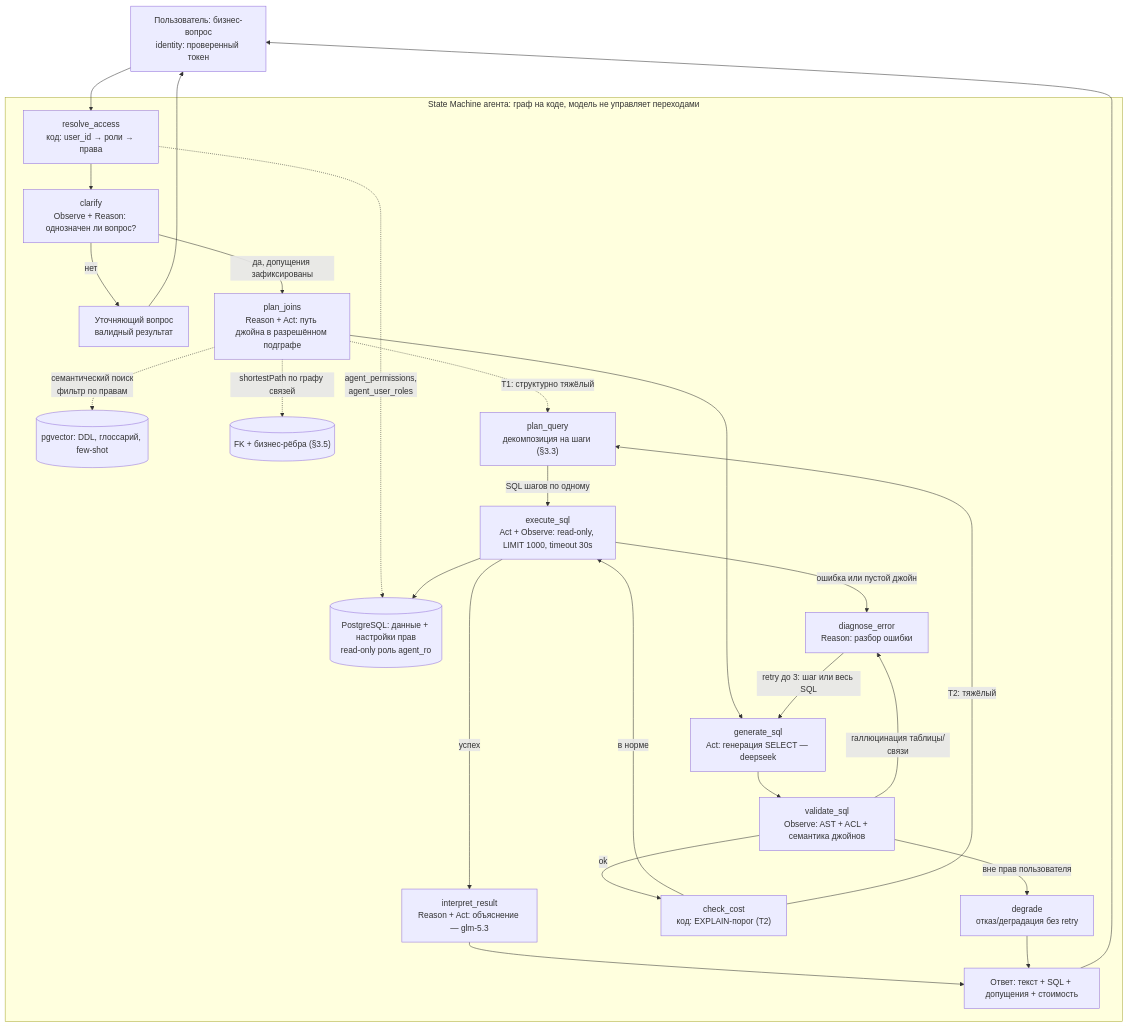
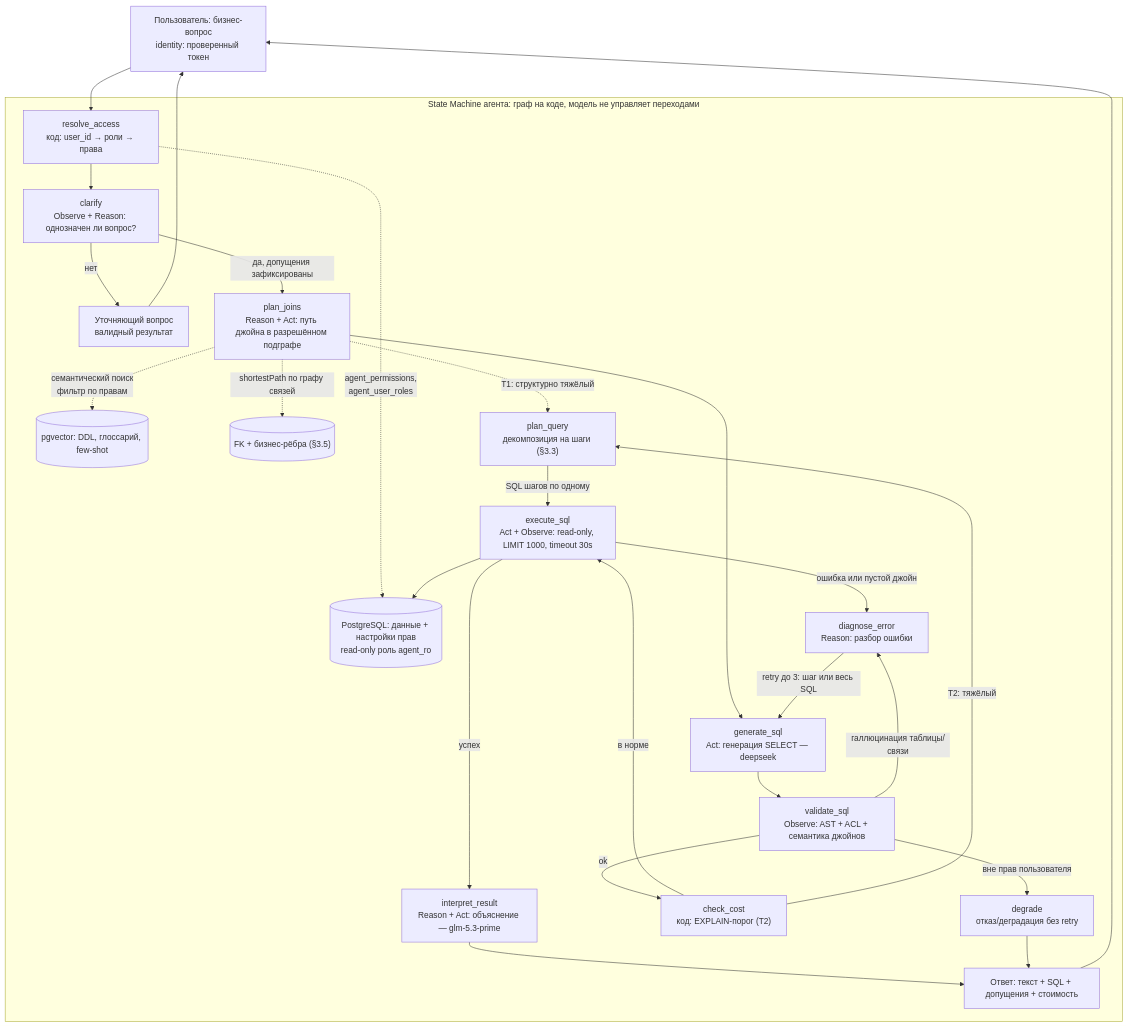
Before and after one commit to BinarySimple17/ai-agents: the first of 2 diagrams in hw-01/README.md, drawn with Mermaid. The commit also changed other lines of this file, not shown here.

````diff
--- a/hw-01/README.md
+++ b/hw-01/README.md
@@ -121,31 +121,31 @@
 ```mermaid
 flowchart TD
     U["Пользователь: бизнес-вопрос<br>identity: проверенный токен"] --> RA
 
     subgraph SM["State Machine агента: граф на коде, модель не управляет переходами"]
         RA["resolve_access<br>код: user_id → роли → права"] --> CL["clarify<br>Observe + Reason: однозначен ли вопрос?"]
         RA -.->|"agent_permissions,<br>agent_user_roles"| DB
         CL -->|"нет"| ASK["Уточняющий вопрос<br>валидный результат"]
         CL -->|"да, допущения зафиксированы"| PJ["plan_joins<br>Reason + Act: путь джойна в разрешённом подграфе"]
         PJ -.->|"семантический поиск<br>фильтр по правам"| VS[("pgvector: DDL, глоссарий, few-shot")]
         PJ -.->|"shortestPath по графу связей"| AGE[("FK + бизнес-рёбра (§3.5)")]
         PJ -.->|"T1: структурно тяжёлый"| PQ["plan_query<br>декомпозиция на шаги (§3.3)"]
         PJ --> GS["generate_sql<br>Act: генерация SELECT — deepseek"]
         GS --> V["validate_sql<br>Observe: AST + ACL + семантика джойнов"]
         V -->|"галлюцинация таблицы/связи"| DG["diagnose_error<br>Reason: разбор ошибки"]
         V -->|"вне прав пользователя"| DENY["degrade<br>отказ/деградация без retry"]
         V -->|"ok"| CC["check_cost<br>код: EXPLAIN-порог (T2)"]
         CC -->|"в норме"| EX["execute_sql<br>Act + Observe: read-only, LIMIT 1000, timeout 30s"]
         CC -->|"T2: тяжёлый"| PQ
         PQ -->|"SQL шагов по одному"| EX
         EX -->|"ошибка или пустой джойн"| DG
         DG -->|"retry до 3: шаг или весь SQL"| GS
-        EX -->|"успех"| IR["interpret_result<br>Reason + Act: объяснение — glm-5.3"]
+        EX -->|"успех"| IR["interpret_result<br>Reason + Act: объяснение — glm-5.3-prime"]
         IR --> OUT["Ответ: текст + SQL + допущения + стоимость"]
         DENY --> OUT
     end
 
     EX --> DB[("PostgreSQL: данные + настройки прав<br>read-only роль agent_ro")]
     OUT --> U
     ASK --> U
 ```
````
